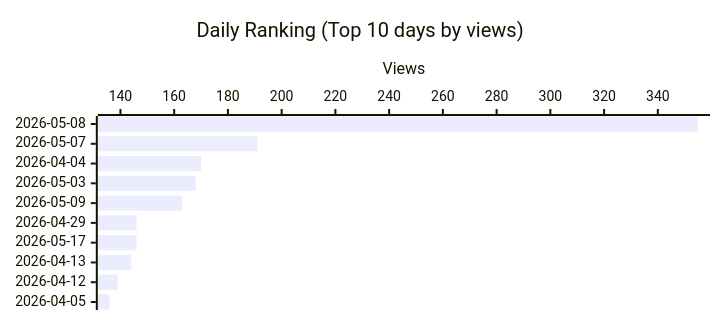
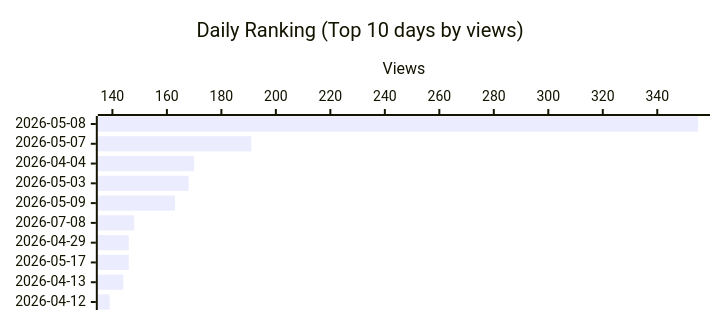
The third of 4 diagrams in README.md (shigechika/github-insights), drawn with Mermaid before and after one commit. The commit also changed other lines of this file and 2 other files, not shown here.

````diff
--- a/README.md
+++ b/README.md
@@ -43,12 +43,12 @@
 ```mermaid
 ---
 config:
   xyChart:
     height: 300
 ---
 xychart-beta horizontal
     title "Daily Ranking (Top 10 days by views)"
-    x-axis ["2026-05-08", "2026-05-07", "2026-04-04", "2026-05-03", "2026-05-09", "2026-04-29", "2026-05-17", "2026-04-13", "2026-04-12", "2026-04-05"]
+    x-axis ["2026-05-08", "2026-05-07", "2026-04-04", "2026-05-03", "2026-05-09", "2026-07-08", "2026-04-29", "2026-05-17", "2026-04-13", "2026-04-12"]
     y-axis "Views"
-    bar [355, 191, 170, 168, 163, 146, 146, 144, 139, 136]
+    bar [355, 191, 170, 168, 163, 148, 146, 146, 144, 139]
 ```
````
